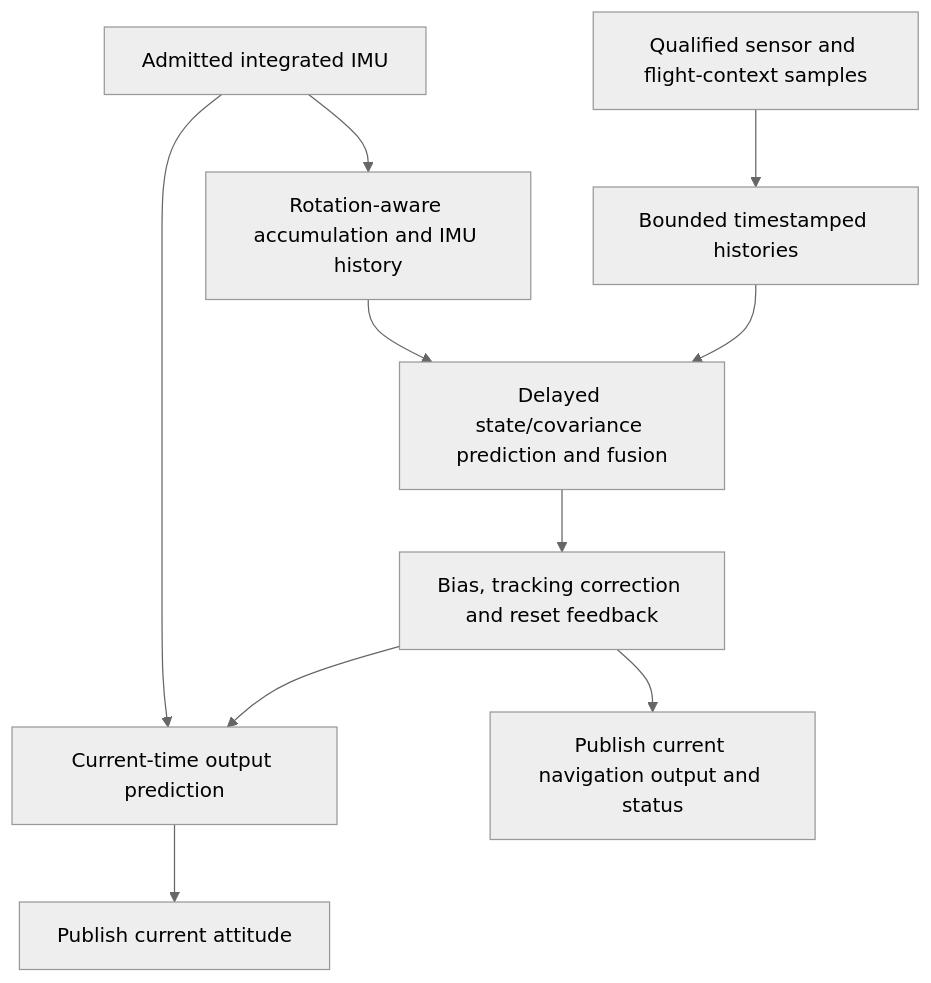
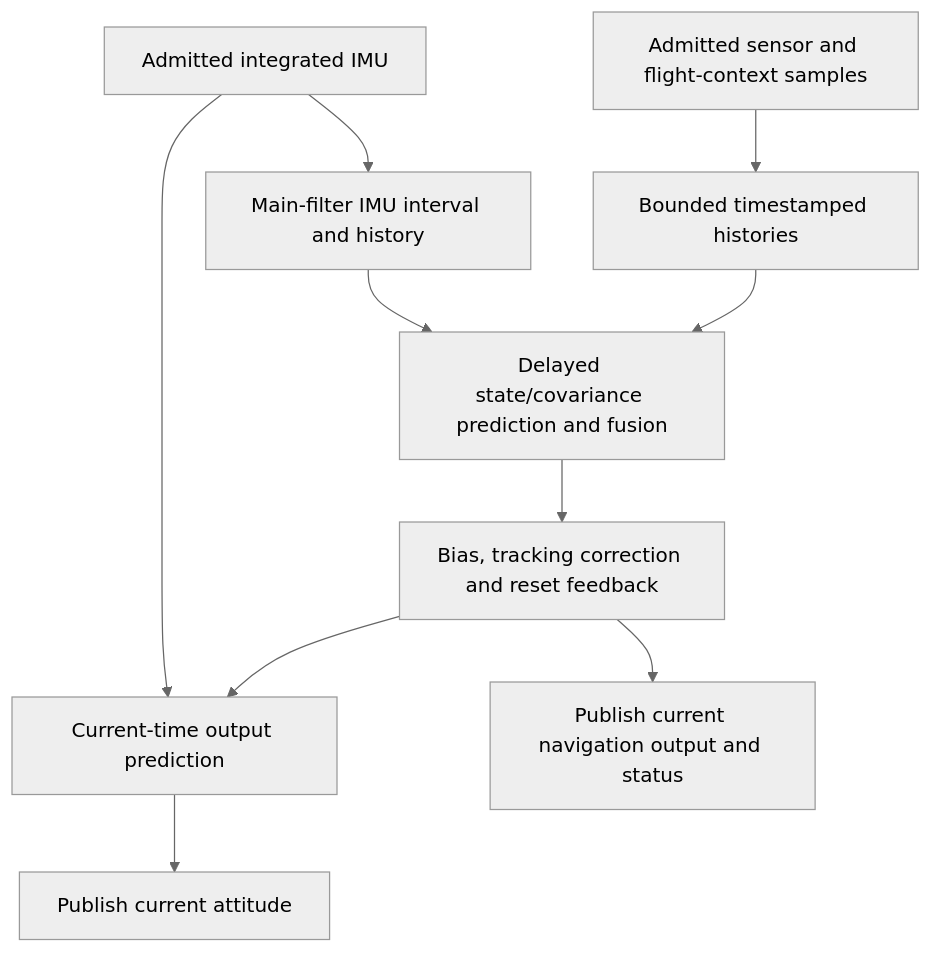
The diagram in docs/spec/px4-module-architecture.md (recos-dev/formal-eskf), drawn with Mermaid (neutral theme) before and after one commit. The commit also changed other lines of this file and 2 other files, not shown here.

````diff
--- a/docs/spec/px4-module-architecture.md
+++ b/docs/spec/px4-module-architecture.md
@@ -60,12 +64,12 @@
 ```mermaid
 flowchart TD
     I["Admitted integrated IMU"] --> O["Current-time output prediction"]
     O --> A["Publish current attitude"]
-    I --> D["Rotation-aware accumulation and IMU history"]
-    S["Qualified sensor and flight-context samples"] --> B["Bounded timestamped histories"]
+    I --> D["Main-filter IMU interval and history"]
+    S["Admitted sensor and flight-context samples"] --> B["Bounded timestamped histories"]
     D --> F["Delayed state/covariance prediction and fusion"]
     B --> F
     F --> C["Bias, tracking correction and reset feedback"]
     C --> O
     C --> N["Publish current navigation output and status"]
 ```
````
